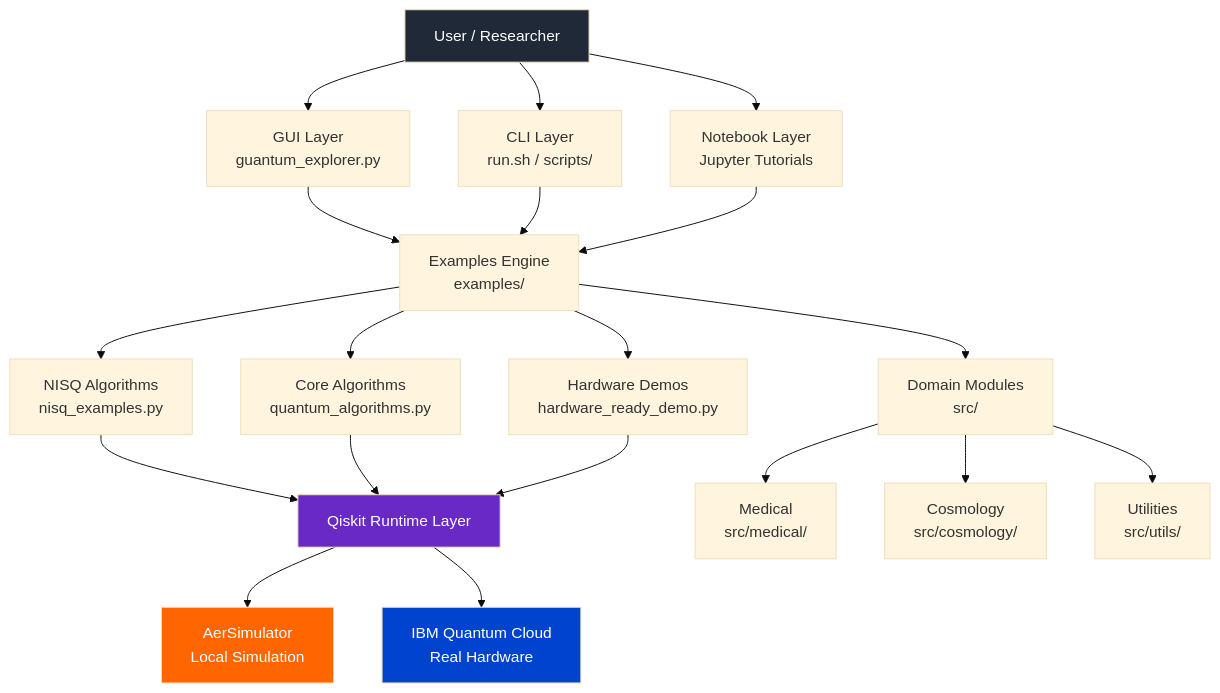
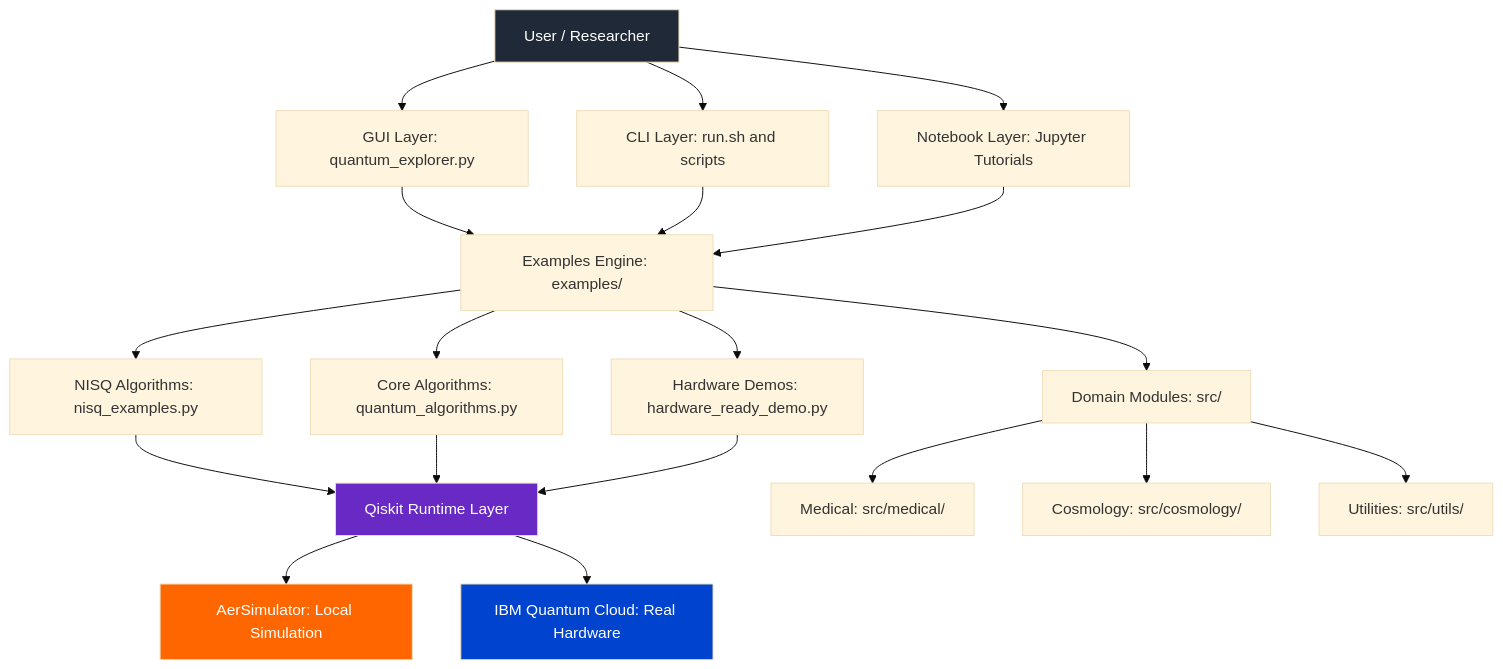
The first of 5 diagrams in README.md (hkevin01/quantum-compute), drawn with Mermaid (base theme) before and after one commit. The commit also changed other lines of this file, not shown here.

Commit message:
fix: Update README mermaid diagrams for improved clarity and consistency

````diff
--- a/README.md
+++ b/README.md
@@ -206,31 +206,31 @@
 ```mermaid
 graph TD
-    A["User / Researcher"] --> B["GUI Layer\nguantum_explorer.py"]
-    A --> C["CLI Layer\nrun.sh / scripts/"]
-    A --> D["Notebook Layer\nJupyter Tutorials"]
+    A[User / Researcher] --> B[GUI Layer: quantum_explorer.py]
+    A --> C[CLI Layer: run.sh and scripts]
+    A --> D[Notebook Layer: Jupyter Tutorials]
 
-    B --> E["Examples Engine\nexamples/"]
+    B --> E[Examples Engine: examples/]
     C --> E
     D --> E
 
-    E --> F["NISQ Algorithms\nnisq_examples.py"]
-    E --> G["Core Algorithms\nquantum_algorithms.py"]
-    E --> H["Hardware Demos\nhardware_ready_demo.py"]
+    E --> F[NISQ Algorithms: nisq_examples.py]
+    E --> G[Core Algorithms: quantum_algorithms.py]
+    E --> H[Hardware Demos: hardware_ready_demo.py]
 
-    F --> I["Qiskit Runtime Layer"]
+    F --> I[Qiskit Runtime Layer]
     G --> I
     H --> I
 
-    I --> J["AerSimulator\nLocal Simulation"]
-    I --> K["IBM Quantum Cloud\nReal Hardware"]
+    I --> J[AerSimulator: Local Simulation]
+    I --> K[IBM Quantum Cloud: Real Hardware]
 
-    E --> L["Domain Modules\nsrc/"]
-    L --> M["Medical\nsrc/medical/"]
-    L --> N["Cosmology\nsrc/cosmology/"]
-    L --> O["Utilities\nsrc/utils/"]
+    E --> L[Domain Modules: src/]
+    L --> M[Medical: src/medical/]
+    L --> N[Cosmology: src/cosmology/]
+    L --> O[Utilities: src/utils/]
 
     style A fill:#1f2937,color:#fff
     style I fill:#6929C4,color:#fff
     style K fill:#0043CE,color:#fff
     style J fill:#ff6600,color:#fff
 ```
````
